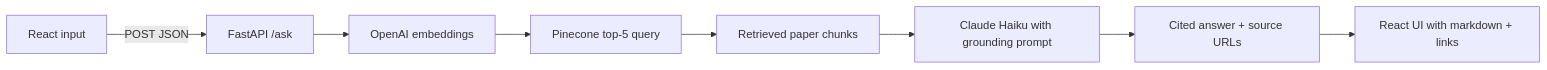
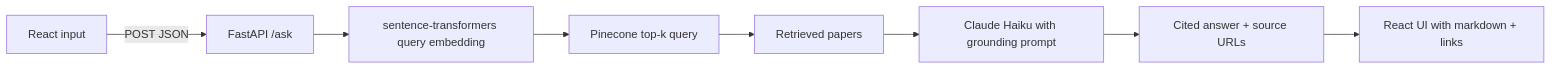
The diagram in README.md (KrishRamani27/arxiv-navigator), drawn with Mermaid before and after one commit. The commit also changed other lines of this file, not shown here.

````diff
--- a/README.md
+++ b/README.md
@@ -45,10 +45,10 @@
 ```mermaid
 flowchart LR
   A[React input] -->|POST JSON| B[FastAPI /ask]
-  B --> C[OpenAI embeddings]
-  C --> D[Pinecone top-5 query]
-  D --> E[Retrieved paper chunks]
+  B --> C[sentence-transformers query embedding]
+  C --> D[Pinecone top-k query]
+  D --> E[Retrieved papers]
   E --> F[Claude Haiku with grounding prompt]
   F --> G[Cited answer + source URLs]
   G --> H[React UI with markdown + links]
 ```
````
